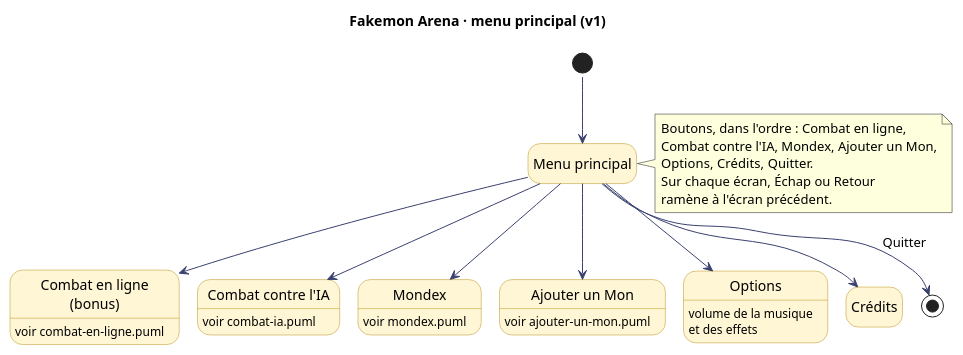
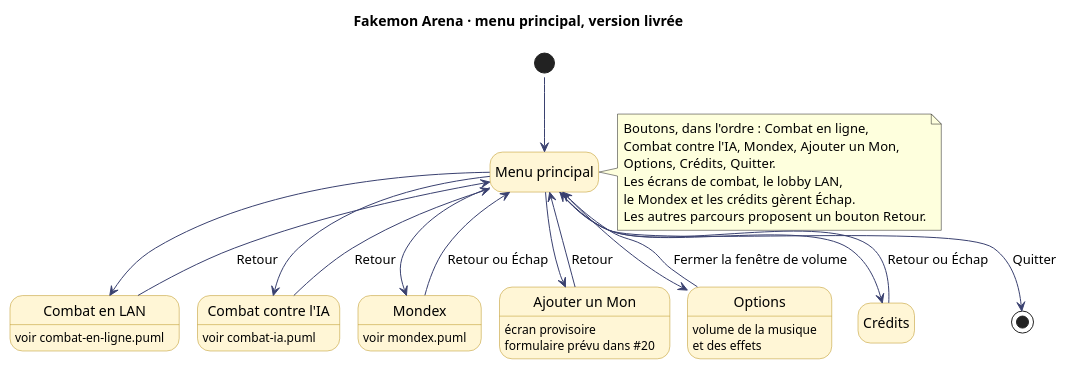
The diagram in docs/uml/navigation.puml (OnerAliCan/fakemon-arena), drawn with PlantUML before and after one commit. The commit also changed 22 other files, not shown here.

First line of the commit message:
docs: actualise le guide du jeu et les parcours UML (#30) (#78)

```diff
--- a/docs/uml/navigation.puml
+++ b/docs/uml/navigation.puml
@@ -1,36 +1,43 @@
 @startuml navigation
 !pragma layout smetana
-title Fakemon Arena · menu principal (v1)
+title Fakemon Arena · menu principal, version livrée
 skinparam defaultFontName Segoe UI
 skinparam state {
   BackgroundColor #FFF6D6
   BorderColor #B8901A
   ArrowColor #3A4170
 }
 hide empty description
 
 state "Menu principal" as Menu
-state "Combat en ligne\n(bonus)" as Ligne : voir combat-en-ligne.puml
+state "Combat en LAN" as Ligne : voir combat-en-ligne.puml
 state "Combat contre l'IA" as IA : voir combat-ia.puml
 state "Mondex" as Mondex : voir mondex.puml
-state "Ajouter un Mon" as Ajouter : voir ajouter-un-mon.puml
+state "Ajouter un Mon" as Ajouter : écran provisoire\nformulaire prévu dans #20
 state "Options" as Options : volume de la musique\net des effets
 state "Crédits" as Credits
 
 [*] --> Menu
 Menu --> Ligne
 Menu --> IA
 Menu --> Mondex
 Menu --> Ajouter
 Menu --> Options
 Menu --> Credits
+Ligne --> Menu : Retour
+IA --> Menu : Retour
+Mondex --> Menu : Retour ou Échap
+Ajouter --> Menu : Retour
+Options --> Menu : Fermer la fenêtre de volume
+Credits --> Menu : Retour ou Échap
 Menu --> [*] : Quitter
 
 note right of Menu
   Boutons, dans l'ordre : Combat en ligne,
   Combat contre l'IA, Mondex, Ajouter un Mon,
   Options, Crédits, Quitter.
-  Sur chaque écran, Échap ou Retour
-  ramène à l'écran précédent.
+  Les écrans de combat, le lobby LAN,
+  le Mondex et les crédits gèrent Échap.
+  Les autres parcours proposent un bouton Retour.
 end note
 @enduml
```
